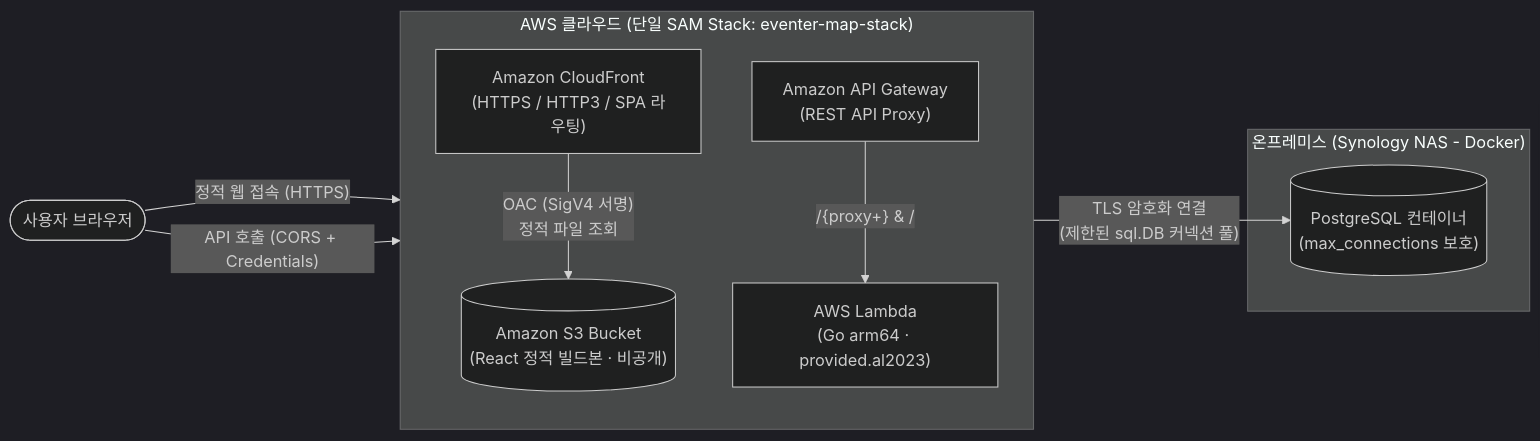
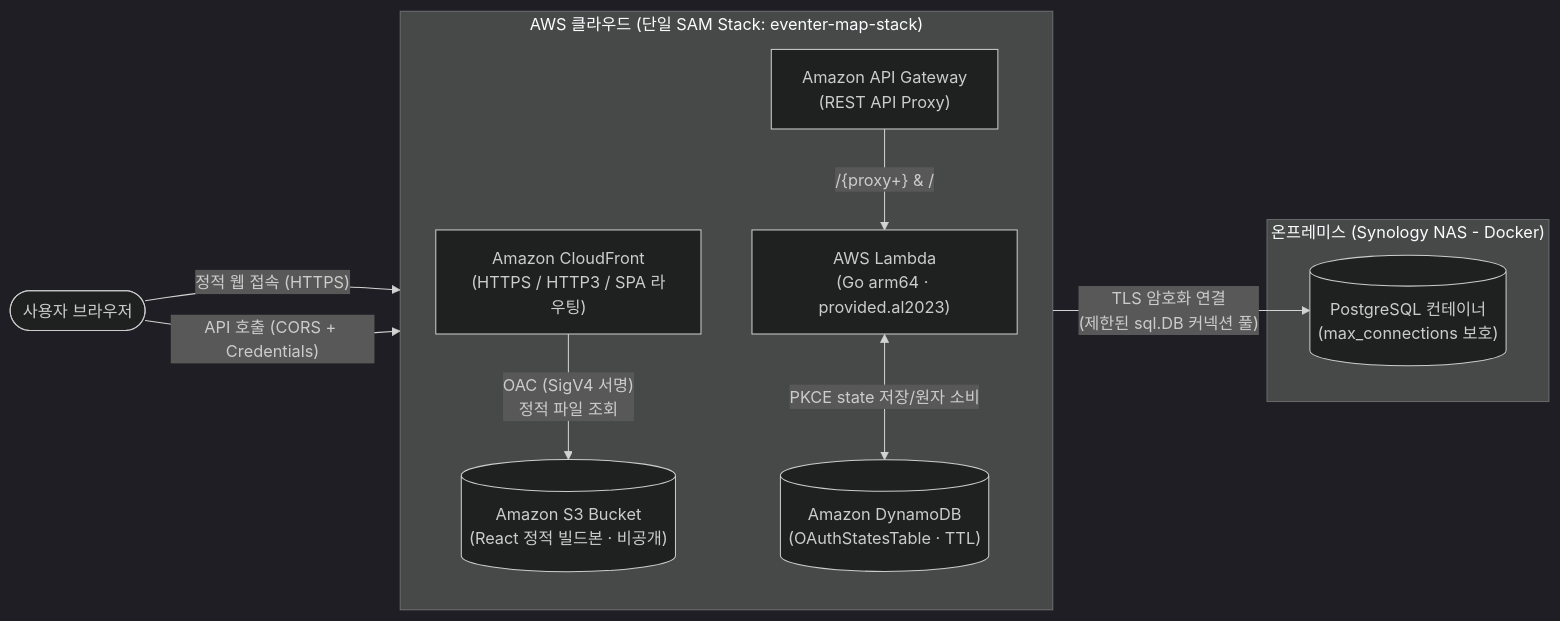
Before and after one commit to koanghun/eventer-map: the diagram in wiki/AWS_DEPLOYMENT_GUIDE.md, drawn with Mermaid (dark theme). The commit also changed other lines of this file and 53 other files, not shown here.

````diff
--- a/wiki/AWS_DEPLOYMENT_GUIDE.md
+++ b/wiki/AWS_DEPLOYMENT_GUIDE.md
@@ -11,23 +11,25 @@
 ```mermaid
 flowchart LR
     User(["사용자 브라우저"])
 
     subgraph AWS_Cloud["AWS 클라우드 (단일 SAM Stack: eventer-map-stack)"]
         direction TB
         CF["Amazon CloudFront<br/>(HTTPS / HTTP3 / SPA 라우팅)"]
         S3[("Amazon S3 Bucket<br/>(React 정적 빌드본 · 비공개)")]
         APIGW["Amazon API Gateway<br/>(REST API Proxy)"]
         Lambda["AWS Lambda<br/>(Go arm64 · provided.al2023)"]
+        DDB[("Amazon DynamoDB<br/>(OAuthStatesTable · TTL)")]
 
         CF -->|"OAC (SigV4 서명)<br/>정적 파일 조회"| S3
         APIGW -->|"/{proxy+} & /"| Lambda
+        Lambda <-->|"PKCE state 저장/원자 소비"| DDB
     end
 
     subgraph NAS_Env["온프레미스 (Synology NAS - Docker)"]
         PG[("PostgreSQL 컨테이너<br/>(max_connections 보호)")]
     end
 
     User -->|"정적 웹 접속 (HTTPS)"| CF
     User -->|"API 호출 (CORS + Credentials)"| APIGW
     Lambda -->|"TLS 암호화 연결<br/>(제한된 sql.DB 커넥션 풀)"| PG
 ```
````
